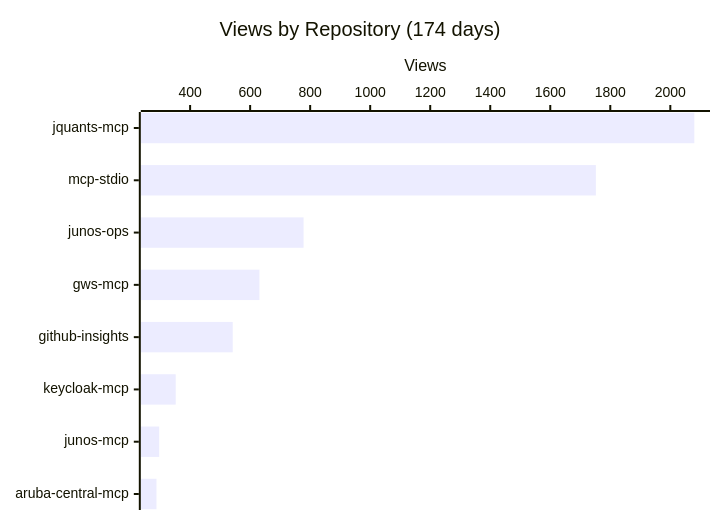
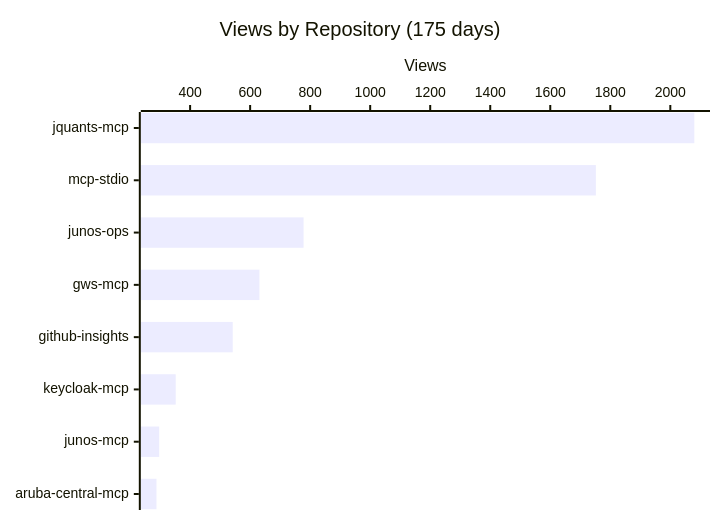
One commit to shigechika/github-insights changed the first of 4 diagrams in README.md. Above: the diagram before and after it, drawn with Mermaid. The commit also changed other lines of this file and 2 other files, not shown here.

````diff
--- a/README.md
+++ b/README.md
@@ -18,7 +18,7 @@
 ```mermaid
 xychart-beta horizontal
-    title "Views by Repository (174 days)"
+    title "Views by Repository (175 days)"
     x-axis ["jquants-mcp", "mcp-stdio", "junos-ops", "gws-mcp", "github-insights", "keycloak-mcp", "junos-mcp", "aruba-central-mcp"]
     y-axis "Views"
     bar [2080, 1752, 778, 631, 542, 352, 297, 288]
 ```
````
